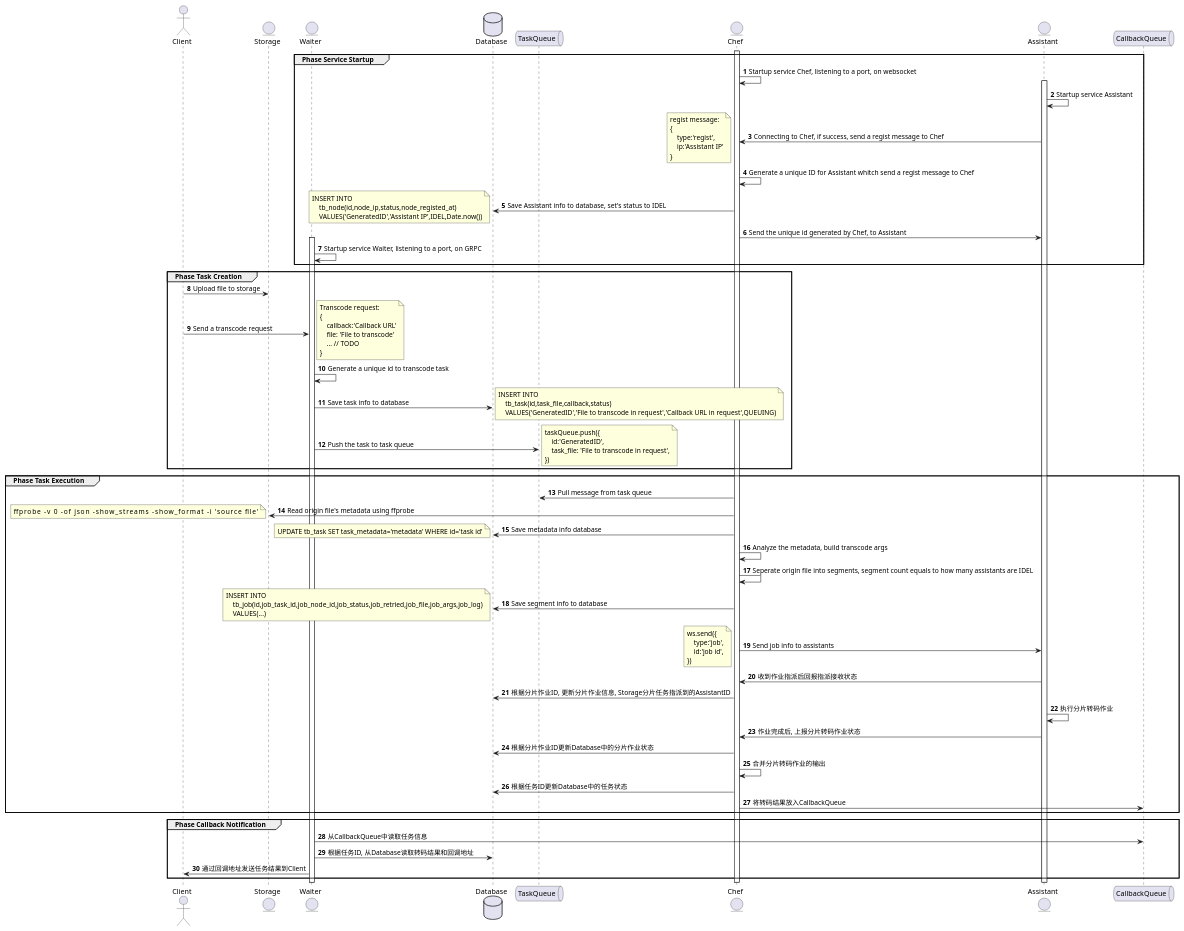
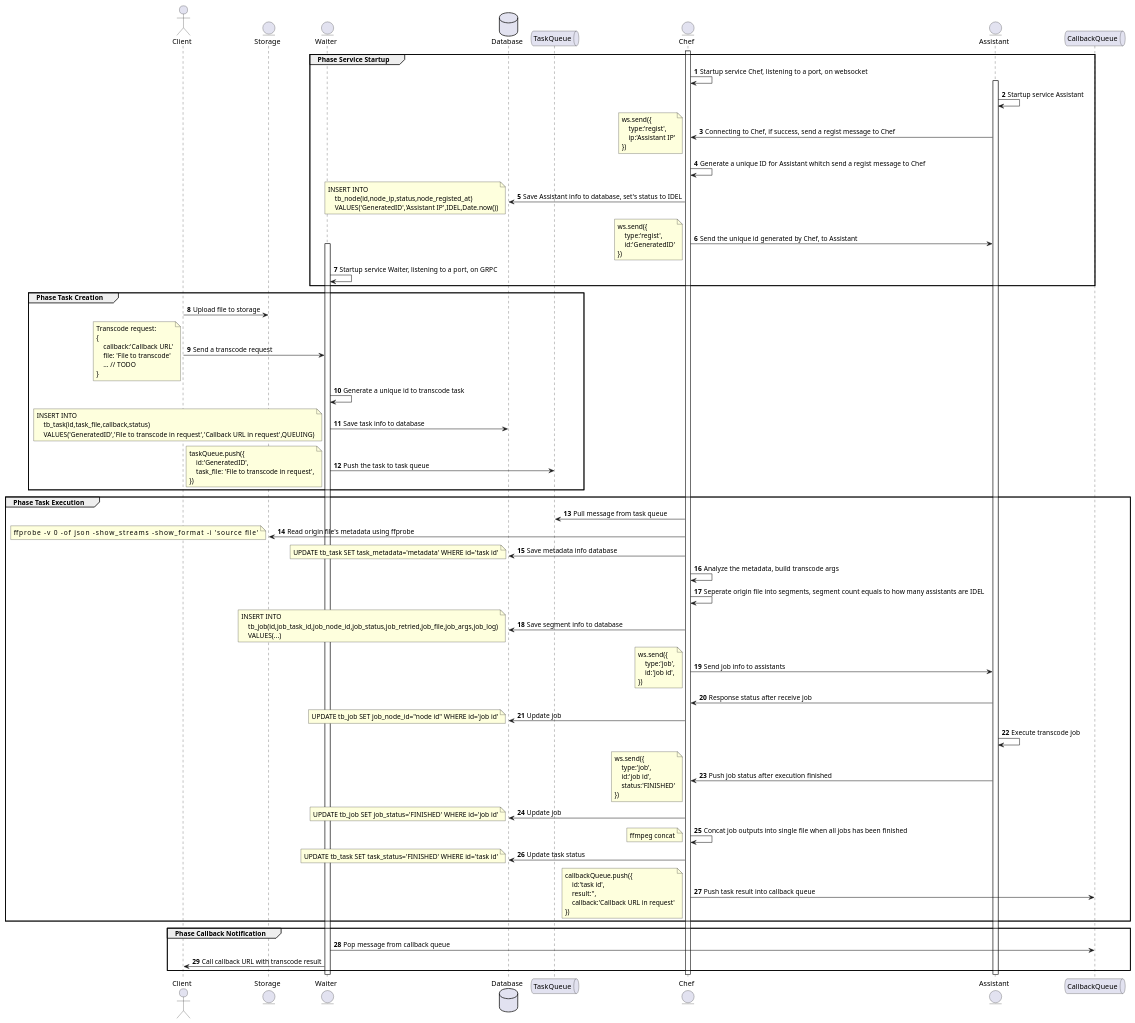
The diagram in docs/SequenceDesign.puml (mustang1988/VideoRestaurant), drawn with PlantUML before and after one commit.

Commit message:
docs: update sequence diagram

```diff
--- a/docs/SequenceDesign.puml
+++ b/docs/SequenceDesign.puml
@@ -1,120 +1,149 @@
 @startuml Sequence Design
 
 actor Client
 entity Storage
 entity Waiter
 database Database
 queue TaskQueue
 entity Chef
 entity Assistant
 queue CallbackQueue
 
 autonumber
 
 group Phase Service Startup
     activate Chef
     Chef -> Chef: Startup service Chef, listening to a port, on websocket
     activate Assistant
     Assistant -> Assistant: Startup service Assistant
     Assistant -> Chef : Connecting to Chef, if success, send a regist message to Chef
     note left
-    regist message:
-    {
+    ws.send({
         type:'regist',
         ip:'Assistant IP'
-    }
+    })
     end note
     Chef -> Chef : Generate a unique ID for Assistant whitch send a regist message to Chef
     Chef -> Database : Save Assistant info to database, set's status to IDEL
     note left
     INSERT INTO 
         tb_node(id,node_ip,status,node_registed_at) 
         VALUES('GeneratedID','Assistant IP',IDEL,Date.now())
     end note
     Chef -> Assistant : Send the unique id generated by Chef, to Assistant
-
+    note left
+    ws.send({
+        type:'regist',
+        id:'GeneratedID'
+    })
+    end note
     activate Waiter
     Waiter -> Waiter: Startup service Waiter, listening to a port, on GRPC
 
 end
 
 group Phase Task Creation
     Client -> Storage : Upload file to storage
     Client -> Waiter : Send a transcode request
-    note right
+    note left
     Transcode request:
     {
         callback:'Callback URL'
         file: 'File to transcode'
         ... // TODO
     }
     end note
     Waiter -> Waiter : Generate a unique id to transcode task
     Waiter -> Database : Save task info to database
-    note right
+    note left
     INSERT INTO
         tb_task(id,task_file,callback,status)
         VALUES('GeneratedID','File to transcode in request','Callback URL in request',QUEUING)
     end note
     Waiter -> TaskQueue : Push the task to task queue
-    note right
+    note left
     taskQueue.push({
         id:'GeneratedID',
         task_file: 'File to transcode in request',
     })
     end note
 end
 
 group Phase Task Execution
     Chef -> TaskQueue : Pull message from task queue
     Chef -> Storage : Read origin file's metadata using ffprobe
     note left
     ffprobe \
     -v \
     0 \
     -of \
     json \
     -show_streams \
     -show_format \
     -i 'source file'
     end note
     Chef -> Database : Save metadata info database
     note left
     UPDATE tb_task SET task_metadata='metadata' WHERE id='task id'
     end note
     Chef -> Chef : Analyze the metadata, build transcode args
     ' Chef -> Database : Save transcode args to database
     ' note left
     ' UPDATE tb_task SET task_args='transcode args' WHERE id='task id'
     ' end note
     Chef -> Chef : Seperate origin file into segments, segment count equals to how many assistants are IDEL
     Chef -> Database: Save segment info to database
     note left
     INSERT INTO 
         tb_job(id,job_task_id,job_node_id,job_status,job_retried,job_file,job_args,job_log)
         VALUES(...)
     end note
     Chef -> Assistant: Send job info to assistants
     note left
     ws.send({
         type:'job',
         id:'job id',
     })
     end note
-    Assistant -> Chef : 收到作业指派后回报指派接收状态
-    Chef -> Database : 根据分片作业ID, 更新分片作业信息, Storage分片任务指派到的AssistantID
-    Assistant -> Assistant: 执行分片转码作业
-    Assistant -> Chef : 作业完成后, 上报分片转码作业状态
-    Chef -> Database: 根据分片作业ID更新Database中的分片作业状态
-    Chef -> Chef : 合并分片转码作业的输出
-    Chef -> Database: 根据任务ID更新Database中的任务状态
-    Chef -> CallbackQueue : 将转码结果放入CallbackQueue
+    Assistant -> Chef : Response status after receive job
+    Chef -> Database : Update job
+    note left
+    UPDATE tb_job SET job_node_id="node id" WHERE id='job id'
+    end note
+    Assistant -> Assistant: Execute transcode job
+    Assistant -> Chef : Push job status after execution finished
+    note left
+    ws.send({
+        type:'job',
+        id:'job id',
+        status:'FINISHED'
+    })
+    end note
+    Chef -> Database: Update job
+    note left
+    UPDATE tb_job SET job_status='FINISHED' WHERE id='job id'
+    end note
+    Chef -> Chef : Concat job outputs into single file when all jobs has been finished
+    note left
+    ffmpeg concat
+    end note
+    Chef -> Database: Update task status
+    note left
+    UPDATE tb_task SET task_status='FINISHED' WHERE id='task id'
+    end note
+    Chef -> CallbackQueue : Push task result into callback queue
+    note left
+    callbackQueue.push({
+        id:'task id',
+        result:'',
+        callback:'Callback URL in request'
+    })
+    end note
 end
 
 group Phase Callback Notification
-    Waiter -> CallbackQueue : 从CallbackQueue中读取任务信息
-    Waiter -> Database : 根据任务ID, 从Database读取转码结果和回调地址
-    Waiter -> Client : 通过回调地址发送任务结果到Client
+    Waiter -> CallbackQueue : Pop message from callback queue
+    Waiter -> Client : Call callback URL with transcode result
 end
 
 @enduml
```
